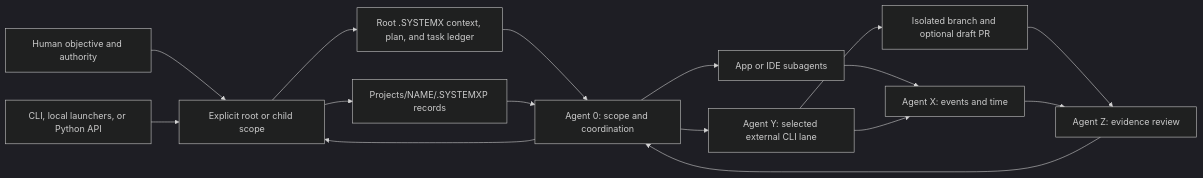
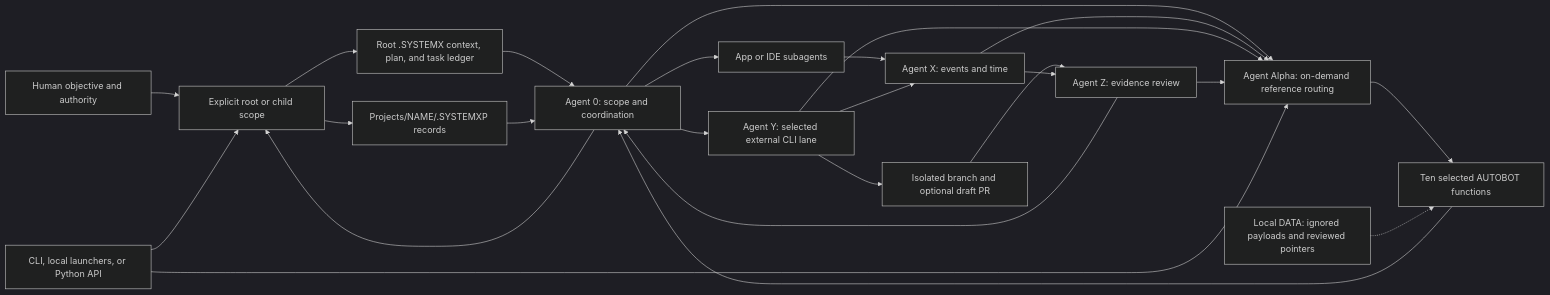
One commit to WayneTechLab/dotSYSTEMX changed the diagram in README.md. Above: the diagram before and after it, drawn with Mermaid (dark theme). The commit also changed other lines of this file and 27 other files, not shown here.

````diff
--- a/README.md
+++ b/README.md
@@ -102,18 +110,26 @@
 ```mermaid
 flowchart LR
   H[Human objective and authority] --> S[Explicit root or child scope]
   CLI[CLI, local launchers, or Python API] --> S
   S --> R[Root .SYSTEMX context, plan, and task ledger]
   S --> C[Projects/NAME/.SYSTEMXP records]
   R --> A0[Agent 0: scope and coordination]
   C --> A0
   A0 --> W[App or IDE subagents]
   A0 --> Y[Agent Y: selected external CLI lane]
   Y --> P[Isolated branch and optional draft PR]
   W --> X[Agent X: events and time]
   Y --> X
   P --> Z[Agent Z: evidence review]
   X --> Z
   Z --> A0
+  A0 --> AA[Agent Alpha: on-demand reference routing]
+  X --> AA
+  Y --> AA
+  Z --> AA
+  CLI --> AA
+  AA --> AB[Ten selected AUTOBOT functions]
+  AB --> A0
+  D[Local DATA: ignored payloads and reviewed pointers] -.-> AB
   A0 --> S
 ```
````
